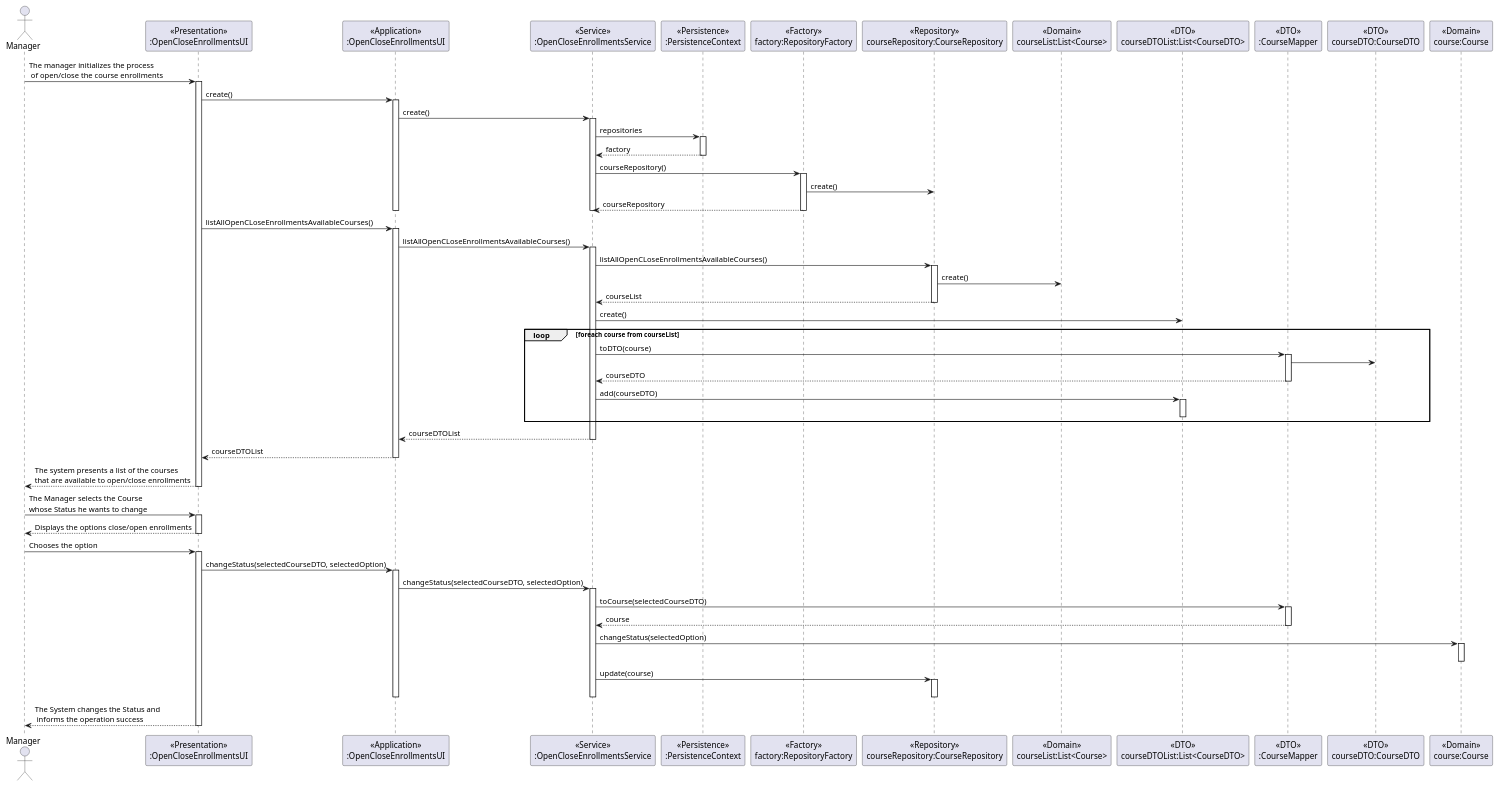
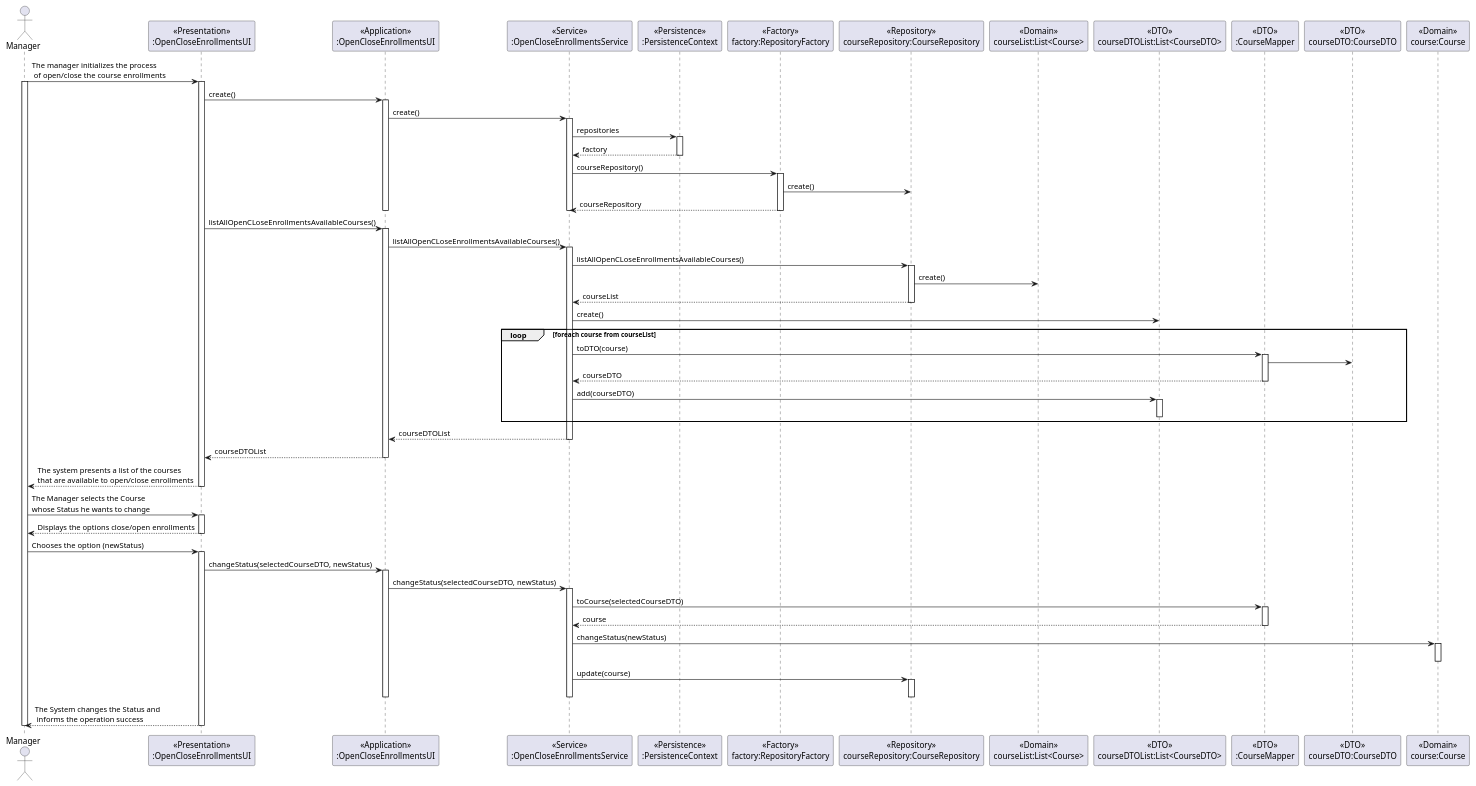
One commit to Marco-Nobrega-Andrade/sem4pi_22_23 changed the diagram in docs/Sprint_B/us_1003/US1003_SD.puml. Above: the diagram before and after it, drawn with PlantUML. The commit also changed 2 other files, not shown here.

Commit message:
[US_1003][Design] SD changes in parameter of changeStatus() and Alternative flow development

```diff
--- a/docs/Sprint_B/us_1003/US1003_SD.puml
+++ b/docs/Sprint_B/us_1003/US1003_SD.puml
@@ -1,83 +1,85 @@
 @startuml
 actor Manager as M
 participant "<<Presentation>>\n:OpenCloseEnrollmentsUI" as UI
 participant "<<Application>>\n:OpenCloseEnrollmentsUI" as CTRL
 participant "<<Service>>\n:OpenCloseEnrollmentsService" as OCESv
 participant "<<Persistence>>\n:PersistenceContext" as PC
 participant "<<Factory>>\nfactory:RepositoryFactory" as RF
 participant "<<Repository>>\ncourseRepository:CourseRepository" as CR
 participant "<<Domain>>\ncourseList:List<Course>" as CL
 participant "<<DTO>>\ncourseDTOList:List<CourseDTO>" as cDtoL
 participant "<<DTO>>\n:CourseMapper" as CM
 participant "<<DTO>>\ncourseDTO:CourseDTO" as cDTO
 participant "<<Domain>>\ncourse:Course" as C
 
 
 M -> UI : The manager initializes the process\n of open/close the course enrollments
+activate M
 activate UI
 UI -> CTRL : create()
 activate CTRL
 CTRL -> OCESv : create()
 activate OCESv
 OCESv -> PC : repositories
 activate PC
 PC --> OCESv : factory
 deactivate PC
 OCESv -> RF : courseRepository()
 activate RF
 RF -> CR : create()
 RF --> OCESv: courseRepository
 deactivate RF
 deactivate OCESv
 deactivate CTRL
 UI -> CTRL : listAllOpenCLoseEnrollmentsAvailableCourses()
 activate CTRL
 CTRL -> OCESv : listAllOpenCLoseEnrollmentsAvailableCourses()
 activate OCESv
 OCESv -> CR : listAllOpenCLoseEnrollmentsAvailableCourses()
 activate CR
 CR -> CL : create()
 CR --> OCESv : courseList
 deactivate CR
 OCESv -> cDtoL : create()
 loop foreach course from courseList
 OCESv -> CM : toDTO(course)
 activate CM
 CM -> cDTO
 CM --> OCESv : courseDTO
 deactivate CM
 OCESv -> cDtoL : add(courseDTO)
 activate cDtoL
 deactivate cDtoL
 end loop
 OCESv --> CTRL : courseDTOList
 deactivate OCESv
 CTRL --> UI : courseDTOList
 deactivate CTRL
 UI --> M : The system presents a list of the courses \nthat are available to open/close enrollments
 deactivate UI
 M -> UI : The Manager selects the Course \nwhose Status he wants to change
 activate UI
 UI --> M : Displays the options close/open enrollments
 deactivate UI
-M -> UI : Chooses the option
+M -> UI : Chooses the option (newStatus)
 activate UI
-UI -> CTRL : changeStatus(selectedCourseDTO, selectedOption)
+UI -> CTRL : changeStatus(selectedCourseDTO, newStatus)
 activate CTRL
-CTRL -> OCESv : changeStatus(selectedCourseDTO, selectedOption)
+CTRL -> OCESv : changeStatus(selectedCourseDTO, newStatus)
 activate OCESv
 OCESv -> CM : toCourse(selectedCourseDTO)
 activate CM
 CM --> OCESv : course
 deactivate CM
-OCESv -> C : changeStatus(selectedOption)
+OCESv -> C : changeStatus(newStatus)
 activate C
 deactivate C
 OCESv -> CR : update(course)
 activate CR
 deactivate CR
 deactivate OCESv
 deactivate CTRL
 UI --> M : The System changes the Status and\n informs the operation success
 deactivate UI
+deactivate M
 @enduml
```
